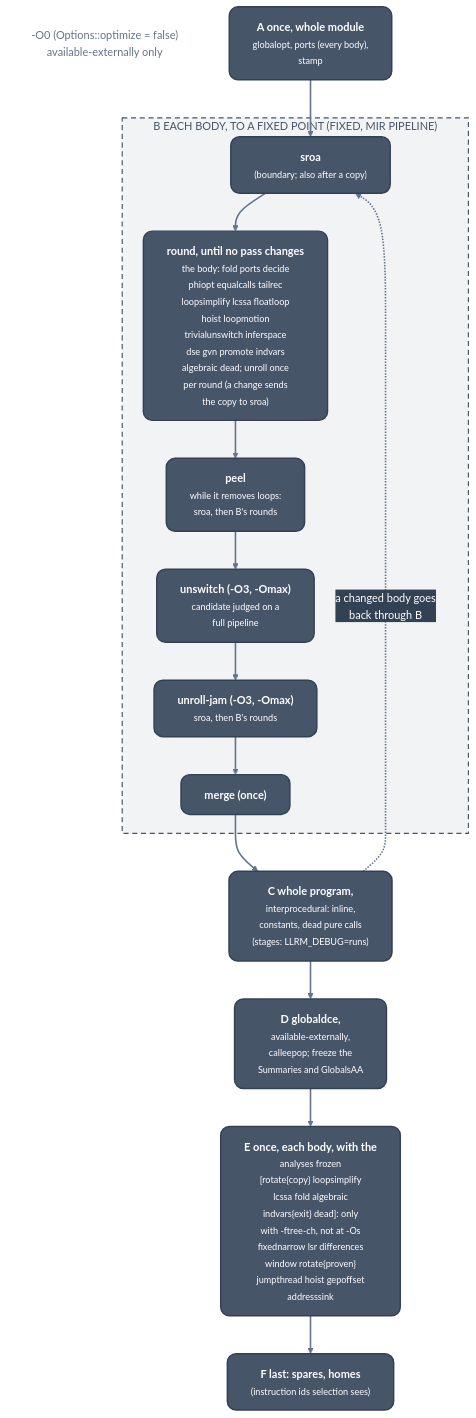
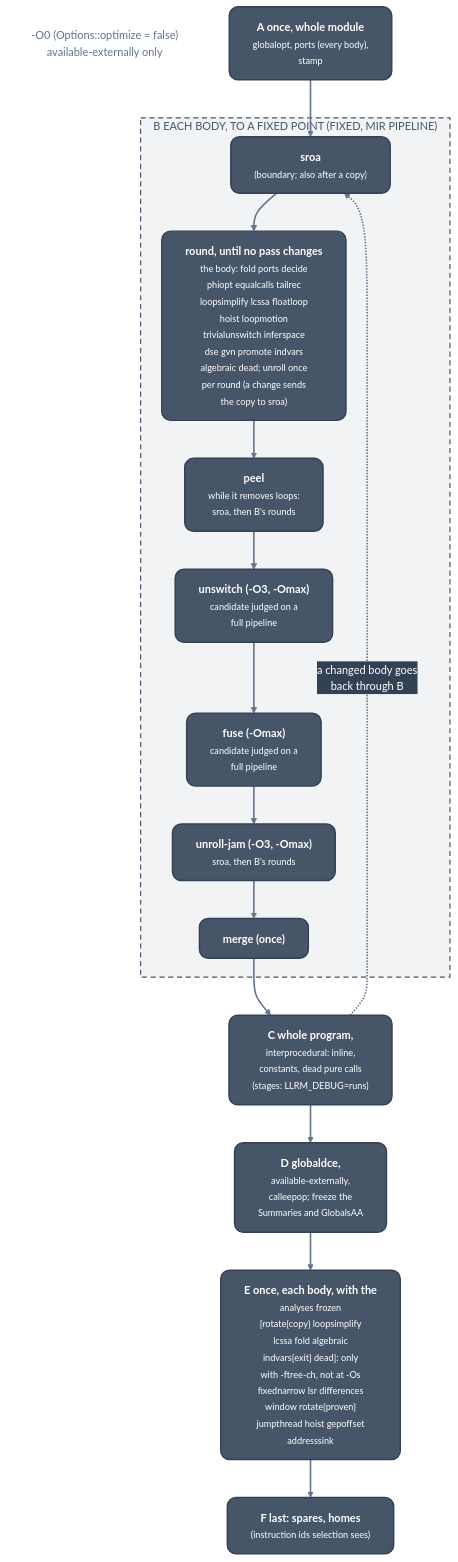
Before and after one commit to ali-mosavian/llrm: the diagram in docs/optimizations/passes/pipeline.md, drawn with Mermaid. The commit also changed other lines of this file and 30 other files, not shown here.

````diff
--- a/docs/optimizations/passes/pipeline.md
+++ b/docs/optimizations/passes/pipeline.md
@@ -18,33 +18,35 @@
 ```mermaid
 %%{init: {'theme':'base','themeVariables':{'fontFamily':'Segoe UI, Helvetica Neue, Arial, DejaVu Sans, sans-serif','fontSize':'15px','primaryColor':'#475569','primaryTextColor':'#ffffff','primaryBorderColor':'#334155','lineColor':'#64748b','secondaryColor':'#475569','tertiaryColor':'transparent','clusterBkg':'transparent','clusterBorder':'#64748b','edgeLabelBackground':'#334155','textColor':'#64748b','titleColor':'#64748b'},'flowchart':{'curve':'basis','nodeSpacing':38,'rankSpacing':52,'padding':16,'wrappingWidth':360,'htmlLabels':true,'useMaxWidth':true}}}%%
 flowchart TB
   classDef mid fill:#475569,stroke:#334155,stroke-width:2px,color:#ffffff,rx:12px,ry:12px
   classDef note fill:transparent,stroke:transparent,color:#64748b
   linkStyle default stroke:#64748b,stroke-width:2.2px
   o0["-O0 (Options::optimize = false)<br/>available-externally only"]:::note
   a["<b>A  once, whole module</b><br/><small>globalopt, ports (every body),<br/>stamp</small>"]:::mid
   subgraph g_b["B  EACH BODY, TO A FIXED POINT (FIXED, MIR PIPELINE)"]
     sroa["<b>sroa</b><br/><small>(boundary#59; also after a copy)</small>"]:::mid
     rnd["<b>round, until no pass changes</b><br/><small>the body: fold ports decide<br/>phiopt equalcalls tailrec<br/>loopsimplify lcssa floatloop<br/>hoist loopmotion<br/>trivialunswitch inferspace<br/>dse gvn promote indvars<br/>algebraic dead#59; unroll once<br/>per round (a change sends<br/>the copy to sroa)</small>"]:::mid
     peel["<b>peel</b><br/><small>while it removes loops:<br/>sroa, then B's rounds</small>"]:::mid
     unsw["<b>unswitch (-O3, -Omax)</b><br/><small>candidate judged on a<br/>full pipeline</small>"]:::mid
+    fuse["<b>fuse (-Omax)</b><br/><small>candidate judged on a<br/>full pipeline</small>"]:::mid
     jam["<b>unroll-jam (-O3, -Omax)</b><br/><small>sroa, then B's rounds</small>"]:::mid
     mrg["<b>merge (once)</b>"]:::mid
   end
   c["<b>C  whole program,</b><br/><small>interprocedural: inline,<br/>constants, dead pure calls<br/>(stages: LLRM_DEBUG=runs)</small>"]:::mid
   d["<b>D  globaldce,</b><br/><small>available-externally,<br/>calleepop#59; freeze the<br/>Summaries and GlobalsAA</small>"]:::mid
   e["<b>E  once, each body, with the</b><br/><small>analyses frozen<br/>[rotate#123;copy#125; loopsimplify<br/>lcssa fold algebraic<br/>indvars#123;exit#125; dead]: only<br/>with -ftree-ch, not at -Os<br/>fixednarrow lsr differences<br/>window rotate#123;proven#125;<br/>jumpthread hoist gepoffset<br/>addresssink</small>"]:::mid
   f["<b>F  last: spares, homes</b><br/><small>(instruction ids selection sees)</small>"]:::mid
   a --> sroa
   sroa --> rnd
   rnd --> peel
   peel --> unsw
-  unsw --> jam
+  unsw --> fuse
+  fuse --> jam
   jam --> mrg
   mrg --> c
   c -.->|"a changed body goes<br/>back through B"| sroa
   c --> d
   d --> e
   e --> f
   style g_b fill:#47556912,stroke:#475569,stroke-width:1.6px,stroke-dasharray:7 5,color:#475569
 ```
````
